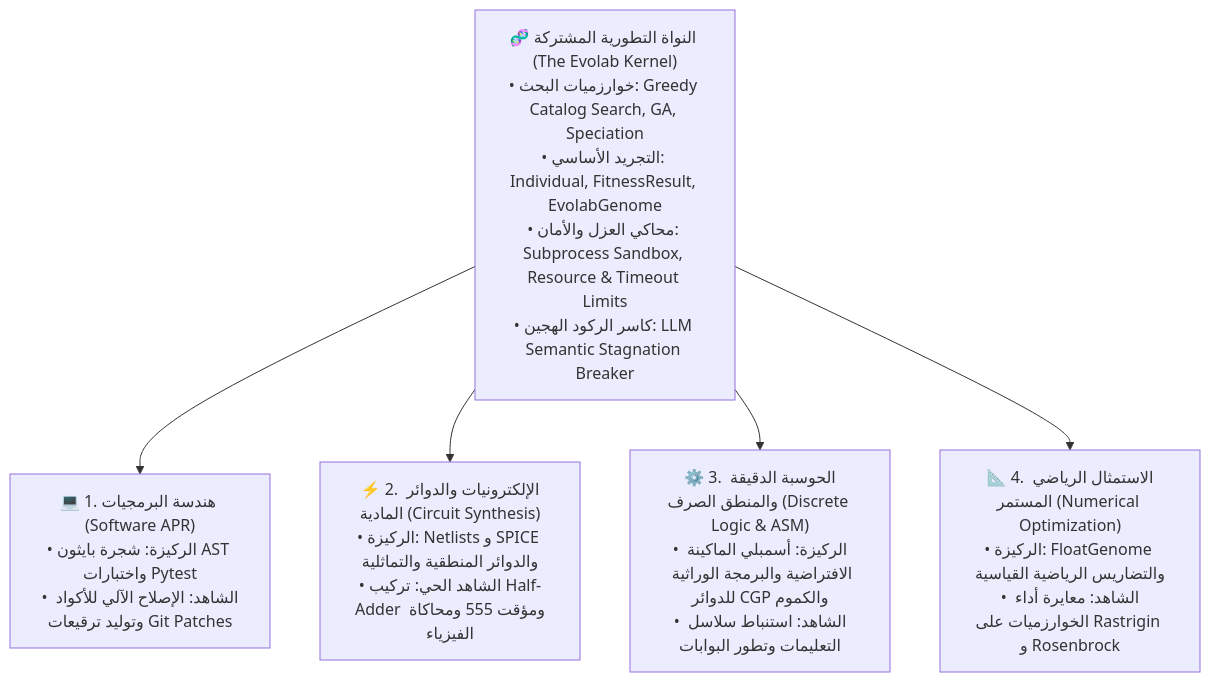
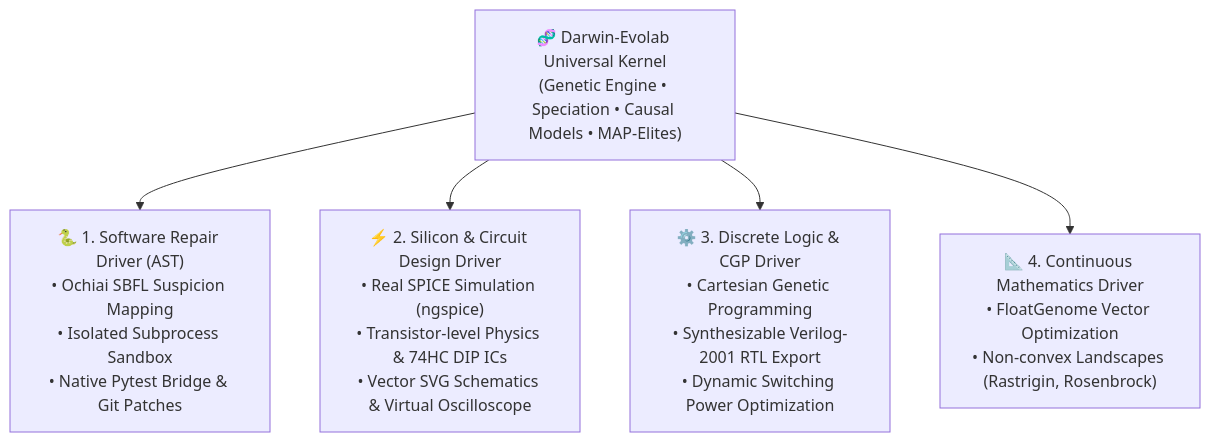
The diagram in README.md (bio-colab/darwin-evolab), drawn with Mermaid before and after one commit. The commit also changed other lines of this file and 10 other files, not shown here.

First line of the commit message:
feat(architecture): execute comprehensive reform plan addressing critical review

````diff
--- a/README.md
+++ b/README.md
@@ -20,12 +24,12 @@
 ```mermaid
 graph TD
-    Kernel["🧬 النواة التطورية المشتركة (The Evolab Kernel)<br/>• خوارزميات البحث: Greedy Catalog Search, GA, Speciation<br/>• التجريد الأساسي: Individual, FitnessResult, EvolabGenome<br/>• محاكي العزل والأمان: Subprocess Sandbox, Resource & Timeout Limits<br/>• كاسر الركود الهجين: LLM Semantic Stagnation Breaker"]
-
-    Kernel --> Domain1["💻 1. هندسة البرمجيات (Software APR)<br/>• الركيزة: شجرة بايثون AST واختبارات Pytest<br/>• الشاهد: الإصلاح الآلي للأكواد وتوليد ترقيعات Git Patches"]
+    Kernel["🧬 Darwin-Evolab Universal Kernel<br/>(Genetic Engine • Speciation • Causal Models • MAP-Elites)"]
     
-    Kernel --> Domain2["⚡ 2. الإلكترونيات والدوائر المادية (Circuit Synthesis)<br/>• الركيزة: Netlists و SPICE والدوائر المنطقية والتماثلية<br/>• الشاهد الحي: تركيب Half-Adder ومؤقت 555 ومحاكاة الفيزياء"]
-
-    Kernel --> Domain3["⚙️ 3. الحوسبة الدقيقة والمنطق الصرف (Discrete Logic & ASM)<br/>• الركيزة: أسمبلي الماكينة الافتراضية والبرمجة الوراثية للدوائر CGP والكموم<br/>• الشاهد: استنباط سلاسل التعليمات وتطور البوابات"]
-
-    Kernel --> Domain4["📐 4. الاستمثال الرياضي المستمر (Numerical Optimization)<br/>• الركيزة: FloatGenome والتضاريس الرياضية القياسية<br/>• الشاهد: معايرة أداء الخوارزميات على Rastrigin و Rosenbrock"]
+    Kernel --> Driver1["🐍 1. Software Repair Driver (AST)<br/>• Ochiai SBFL Suspicion Mapping<br/>• Isolated Subprocess Sandbox<br/>• Native Pytest Bridge & Git Patches"]
+    
+    Kernel --> Driver2["⚡ 2. Silicon & Circuit Design Driver<br/>• Real SPICE Simulation (ngspice)<br/>• Transistor-level Physics & 74HC DIP ICs<br/>• Vector SVG Schematics & Virtual Oscilloscope"]
+    
+    Kernel --> Driver3["⚙️ 3. Discrete Logic & CGP Driver<br/>• Cartesian Genetic Programming<br/>• Synthesizable Verilog-2001 RTL Export<br/>• Dynamic Switching Power Optimization"]
+    
+    Kernel --> Driver4["📐 4. Continuous Mathematics Driver<br/>• FloatGenome Vector Optimization<br/>• Non-convex Landscapes (Rastrigin, Rosenbrock)"]
 ```
````
